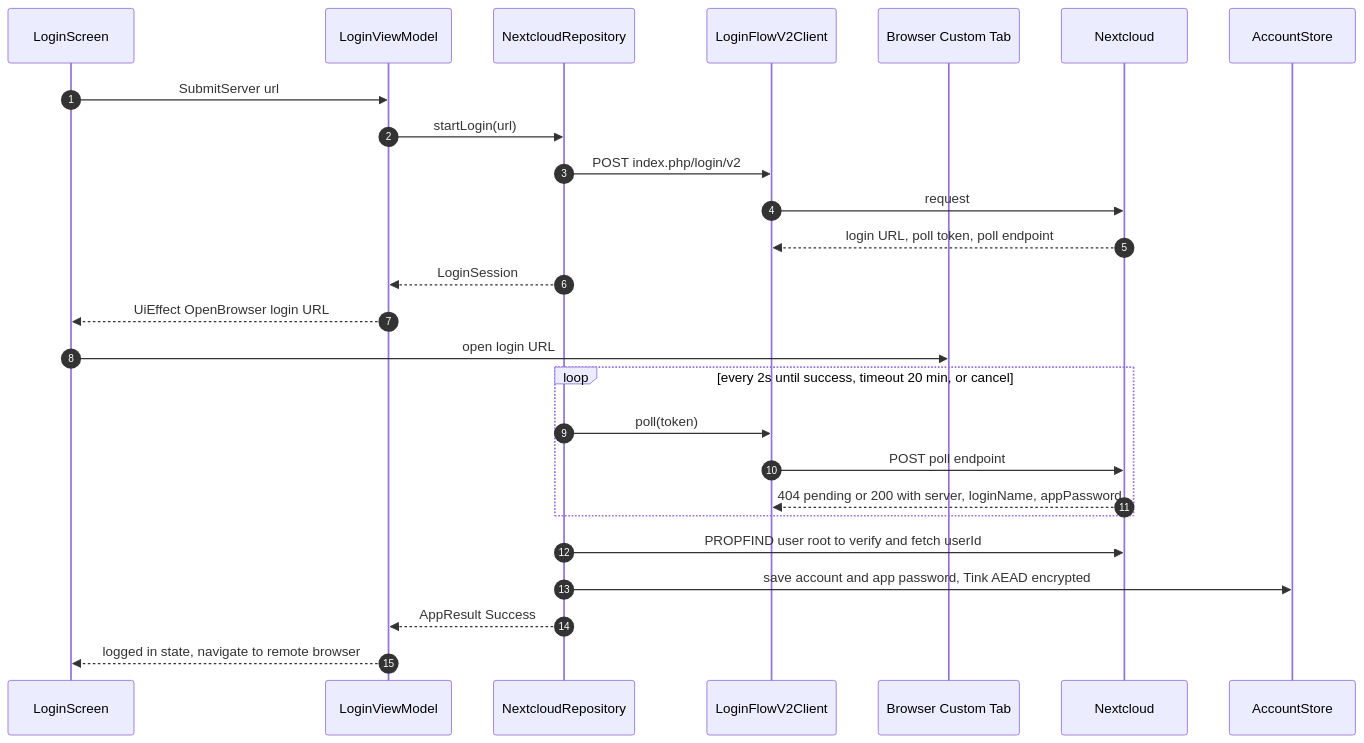
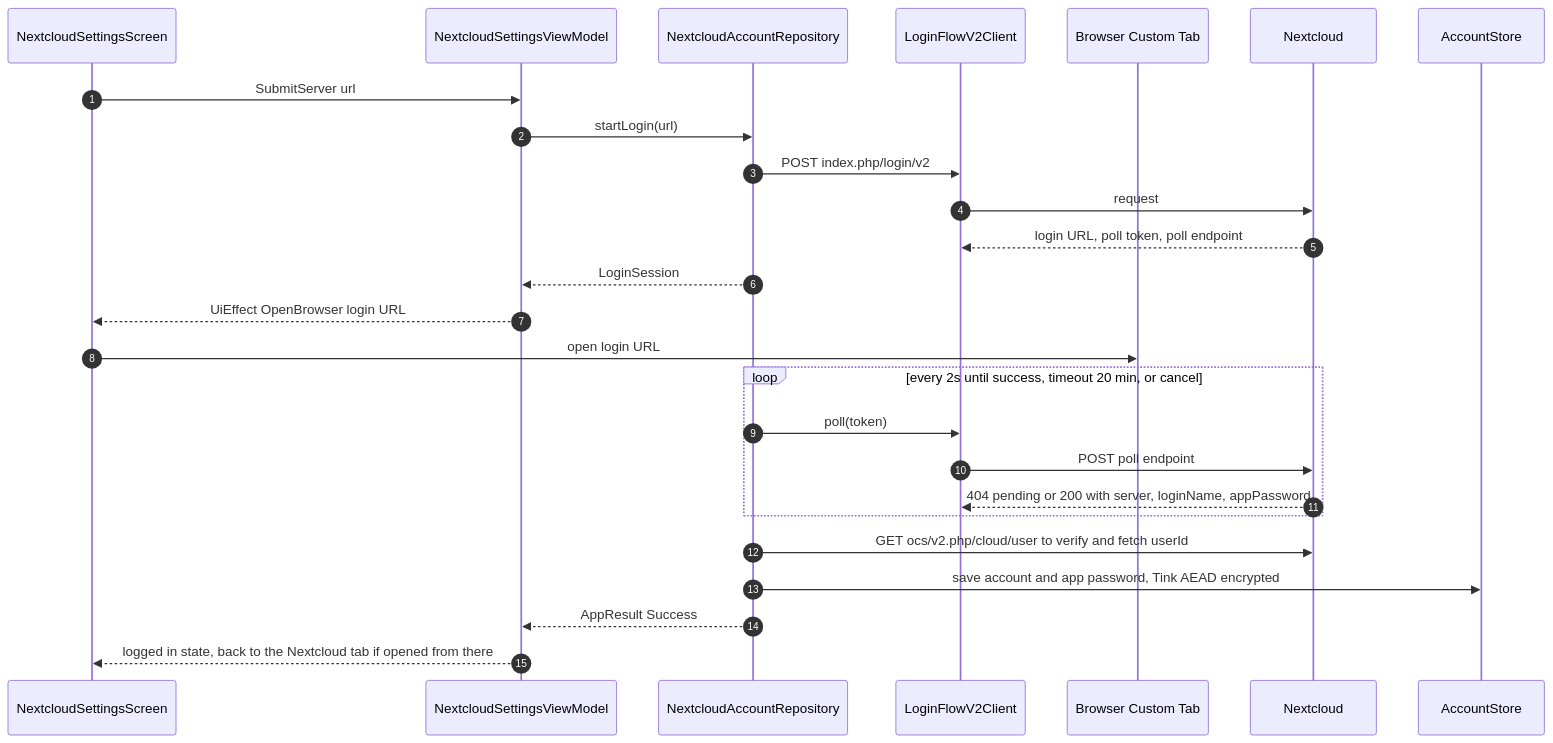
One commit to drehtuer/NextGalleryApp changed the ninth of 12 diagrams in docs/ARCHITECTURE.md. Above: the diagram before and after it, drawn with Mermaid. The commit also changed other lines of this file and 171 other files, not shown here.

First line of the commit message:
Add the Nextcloud login and the built-in remote browser and viewer

````diff
--- a/docs/ARCHITECTURE.md
+++ b/docs/ARCHITECTURE.md
@@ -655,29 +675,29 @@
 ```mermaid
 sequenceDiagram
     autonumber
-    participant UI as LoginScreen
-    participant VM as LoginViewModel
-    participant Repo as NextcloudRepository
+    participant UI as NextcloudSettingsScreen
+    participant VM as NextcloudSettingsViewModel
+    participant Repo as NextcloudAccountRepository
     participant LF as LoginFlowV2Client
     participant Br as Browser Custom Tab
     participant Srv as Nextcloud
     participant CS as AccountStore
 
     UI->>VM: SubmitServer url
     VM->>Repo: startLogin(url)
     Repo->>LF: POST index.php/login/v2
     LF->>Srv: request
     Srv-->>LF: login URL, poll token, poll endpoint
     Repo-->>VM: LoginSession
     VM-->>UI: UiEffect OpenBrowser login URL
     UI->>Br: open login URL
     loop every 2s until success, timeout 20 min, or cancel
         Repo->>LF: poll(token)
         LF->>Srv: POST poll endpoint
         Srv-->>LF: 404 pending or 200 with server, loginName, appPassword
     end
-    Repo->>Srv: PROPFIND user root to verify and fetch userId
+    Repo->>Srv: GET ocs/v2.php/cloud/user to verify and fetch userId
     Repo->>CS: save account and app password, Tink AEAD encrypted
     Repo-->>VM: AppResult Success
-    VM-->>UI: logged in state, navigate to remote browser
+    VM-->>UI: logged in state, back to the Nextcloud tab if opened from there
 ```
````
